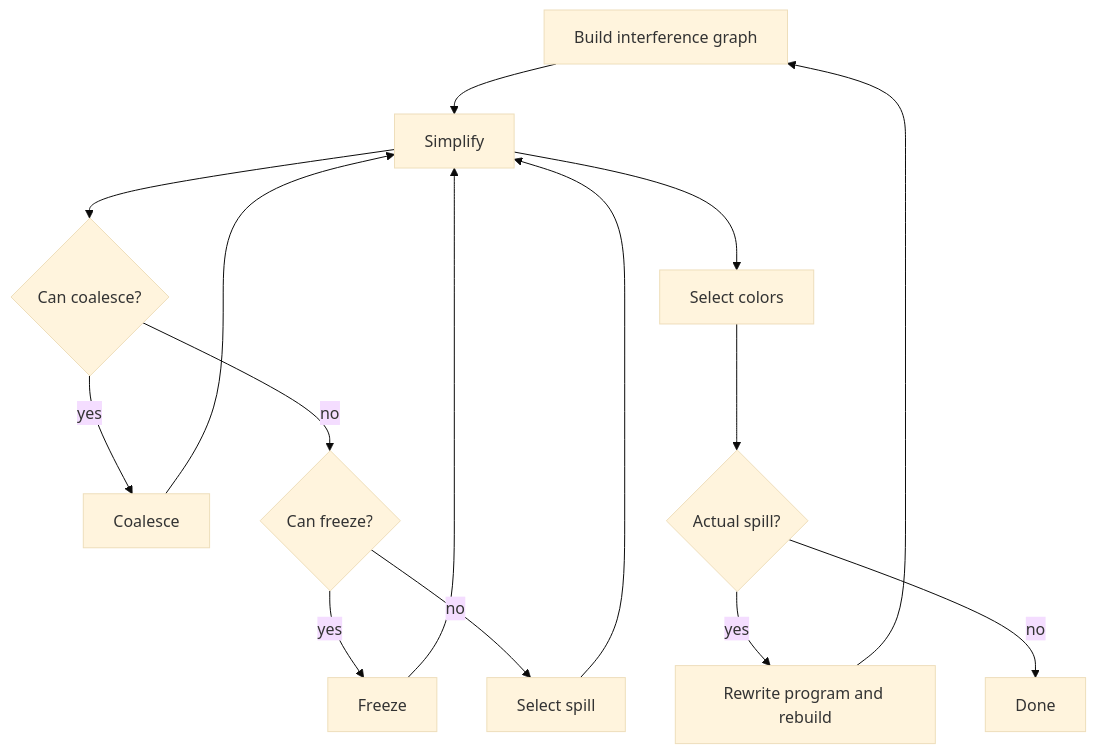
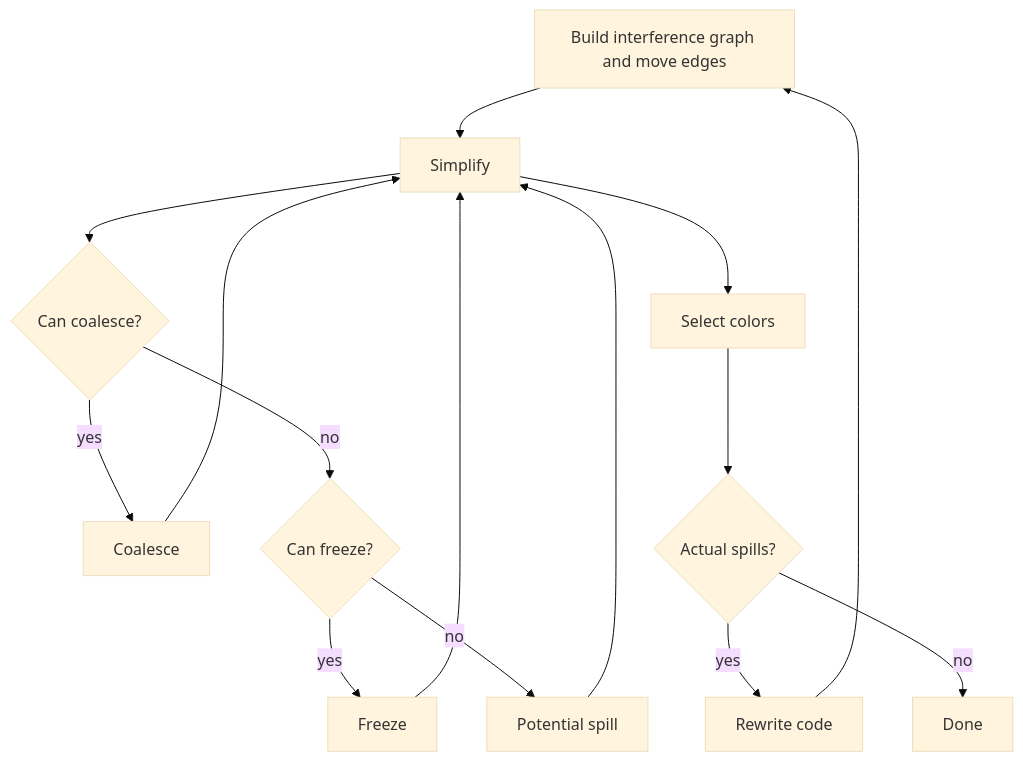
One commit to ForeverHYX/compiler-review-notes changed the diagram in 14_寄存器分配.md. Above: the diagram before and after it, drawn with Mermaid (base theme). The commit also changed other lines of this file and 4 other files, not shown here.

````diff
--- a/14_寄存器分配.md
+++ b/14_寄存器分配.md
@@ -88,17 +577,17 @@
 ```mermaid
 flowchart TD
-  A[Build interference graph] --> B[Simplify]
+  A[Build interference graph and move edges] --> B[Simplify]
   B --> C{Can coalesce?}
   C -->|yes| D[Coalesce]
   C -->|no| E{Can freeze?}
   E -->|yes| F[Freeze]
-  E -->|no| G[Select spill]
+  E -->|no| G[Potential spill]
   D --> B
   F --> B
   G --> B
   B --> H[Select colors]
-  H --> I{Actual spill?}
-  I -->|yes| J[Rewrite program and rebuild]
+  H --> I{Actual spills?}
+  I -->|yes| J[Rewrite code]
   J --> A
   I -->|no| K[Done]
 ```
````
